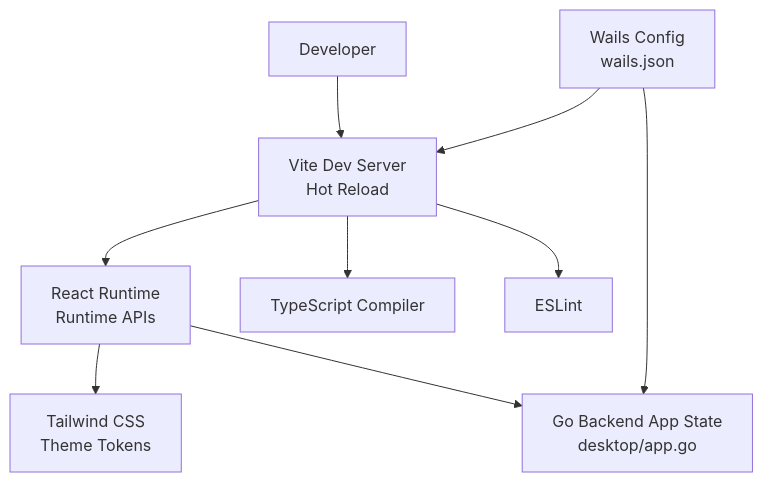
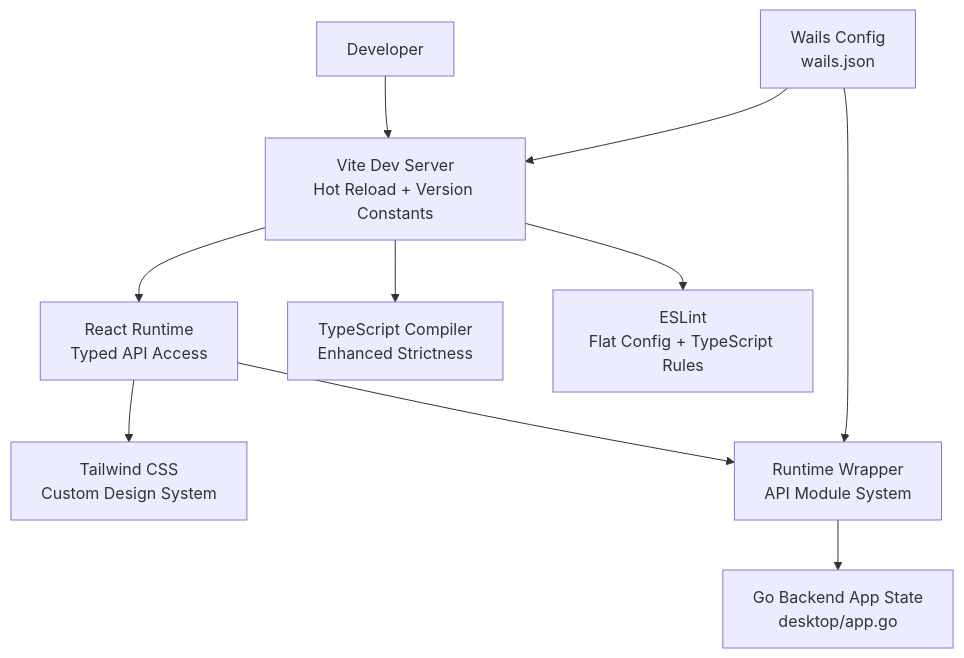
The second of 11 diagrams in .qoder/repowiki/en/content/Frontend Application/Build System.md (v0lka/c0wrk), drawn with Mermaid before and after one commit. The commit also changed other lines of this file and 13 other files, not shown here.

````diff
--- a/.qoder/repowiki/en/content/Frontend Application/Build System.md
+++ b/.qoder/repowiki/en/content/Frontend Application/Build System.md
@@ -126,19 +150,21 @@
 ```mermaid
 graph TB
 Dev["Developer"]
-Vite["Vite Dev Server<br/>Hot Reload"]
-React["React Runtime<br/>Runtime APIs"]
-TW["Tailwind CSS<br/>Theme Tokens"]
-TS["TypeScript Compiler"]
-ESL["ESLint"]
+Vite["Vite Dev Server<br/>Hot Reload + Version Constants"]
+React["React Runtime<br/>Typed API Access"]
+TW["Tailwind CSS<br/>Custom Design System"]
+TS["TypeScript Compiler<br/>Enhanced Strictness"]
+ESL["ESLint<br/>Flat Config + TypeScript Rules"]
 WailsCfg["Wails Config<br/>wails.json"]
+Runtime["Runtime Wrapper<br/>API Module System"]
 GoApp["Go Backend App State<br/>desktop/app.go"]
 Dev --> Vite
 Vite --> React
 React --> TW
 Vite --> TS
 Vite --> ESL
 WailsCfg --> Vite
-WailsCfg --> GoApp
-React --> GoApp
+WailsCfg --> Runtime
+Runtime --> GoApp
+React --> Runtime
 ```
````
